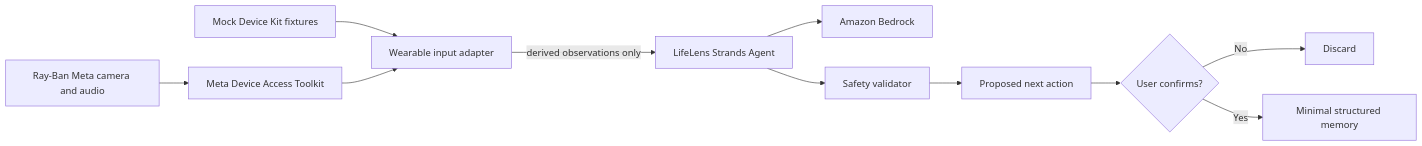
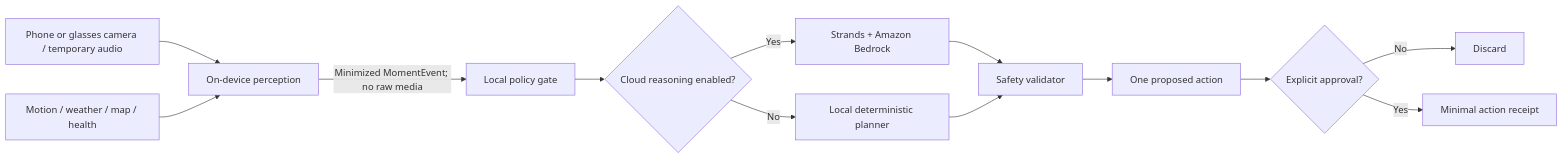
Before and after one commit to nightandweather/lifelens-agent: the diagram in README.md, drawn with Mermaid. The commit also changed other lines of this file and 30 other files, not shown here.

Commit message:
feat: harden LifeLens local-first prototype

````diff
--- a/README.md
+++ b/README.md
@@ -24,13 +65,15 @@
 ```mermaid
 flowchart LR
-    A[Ray-Ban Meta camera and audio] --> B[Meta Device Access Toolkit]
-    M[Mock Device Kit fixtures] --> C[Wearable input adapter]
-    B --> C
-    C -->|derived observations only| D[LifeLens Strands Agent]
-    D --> E[Amazon Bedrock]
-    D --> F[Safety validator]
-    F --> G[Proposed next action]
-    G --> H{User confirms?}
-    H -->|No| I[Discard]
-    H -->|Yes| J[Minimal structured memory]
+    A[Phone or glasses camera / temporary audio] --> B[On-device perception]
+    X[Motion / weather / map / health] --> B
+    B -->|Minimized MomentEvent; no raw media| C[Local policy gate]
+    C --> D{Cloud reasoning enabled?}
+    D -->|Yes| E[Strands + Amazon Bedrock]
+    D -->|No| F[Local deterministic planner]
+    E --> G[Safety validator]
+    F --> G
+    G --> H[One proposed action]
+    H --> I{Explicit approval?}
+    I -->|No| J[Discard]
+    I -->|Yes| K[Minimal action receipt]
 ```
````
